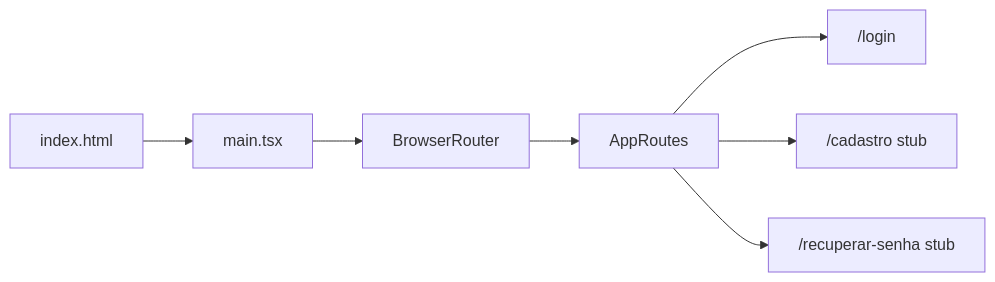
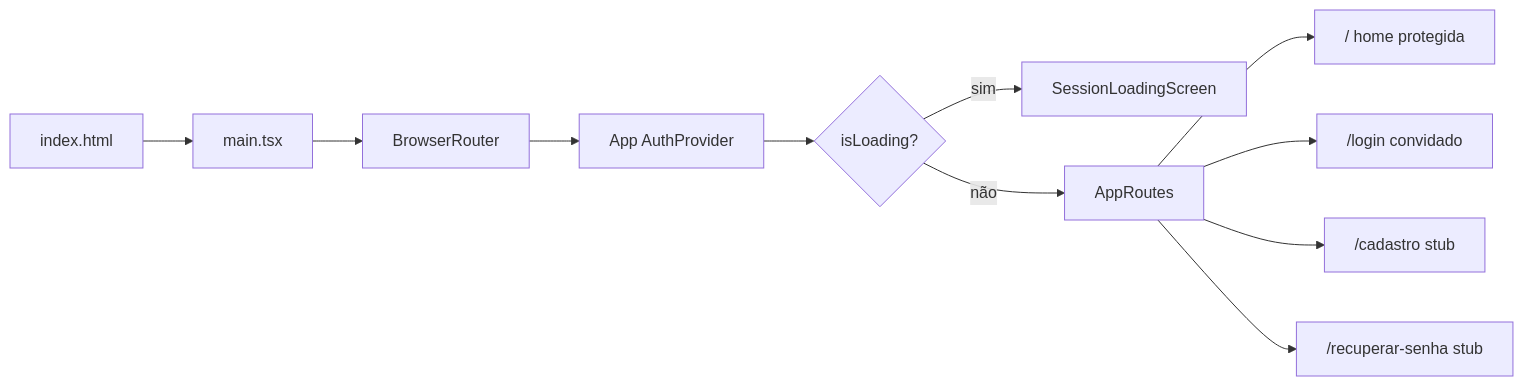
One commit to thesignsSS/rafael-bot-app changed the diagram in docs/ESTADO-ATUAL.md. Above: the diagram before and after it, drawn with Mermaid. The commit also changed other lines of this file and 16 other files, not shown here.

````diff
--- a/docs/ESTADO-ATUAL.md
+++ b/docs/ESTADO-ATUAL.md
@@ -65,9 +74,13 @@
 ```mermaid
 flowchart LR
   indexHtml[index.html] --> mainTsx[main.tsx]
   mainTsx --> router[BrowserRouter]
-  router --> routes[AppRoutes]
-  routes --> login["/login"]
+  router --> app[App AuthProvider]
+  app --> loading{isLoading?}
+  loading -->|sim| spinner[SessionLoadingScreen]
+  loading -->|não| routes[AppRoutes]
+  routes --> home["/ home protegida"]
+  routes --> login["/login convidado"]
   routes --> cadastro["/cadastro stub"]
   routes --> recuperar["/recuperar-senha stub"]
 ```
````
